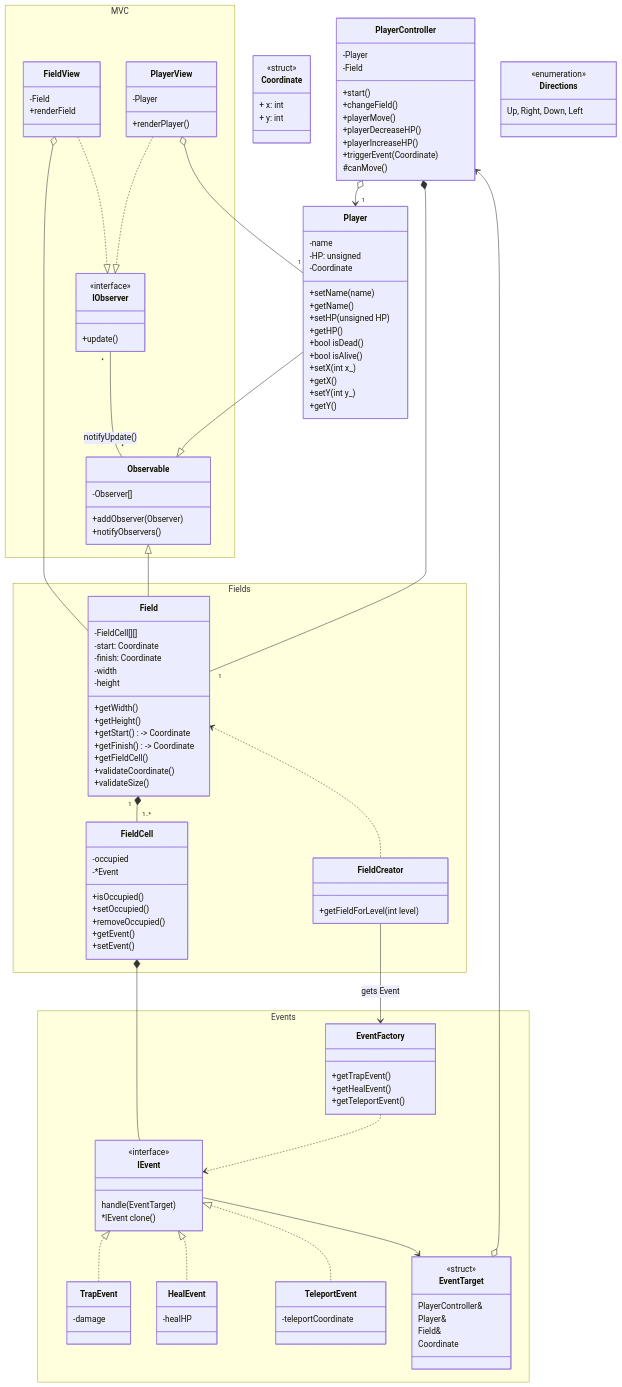
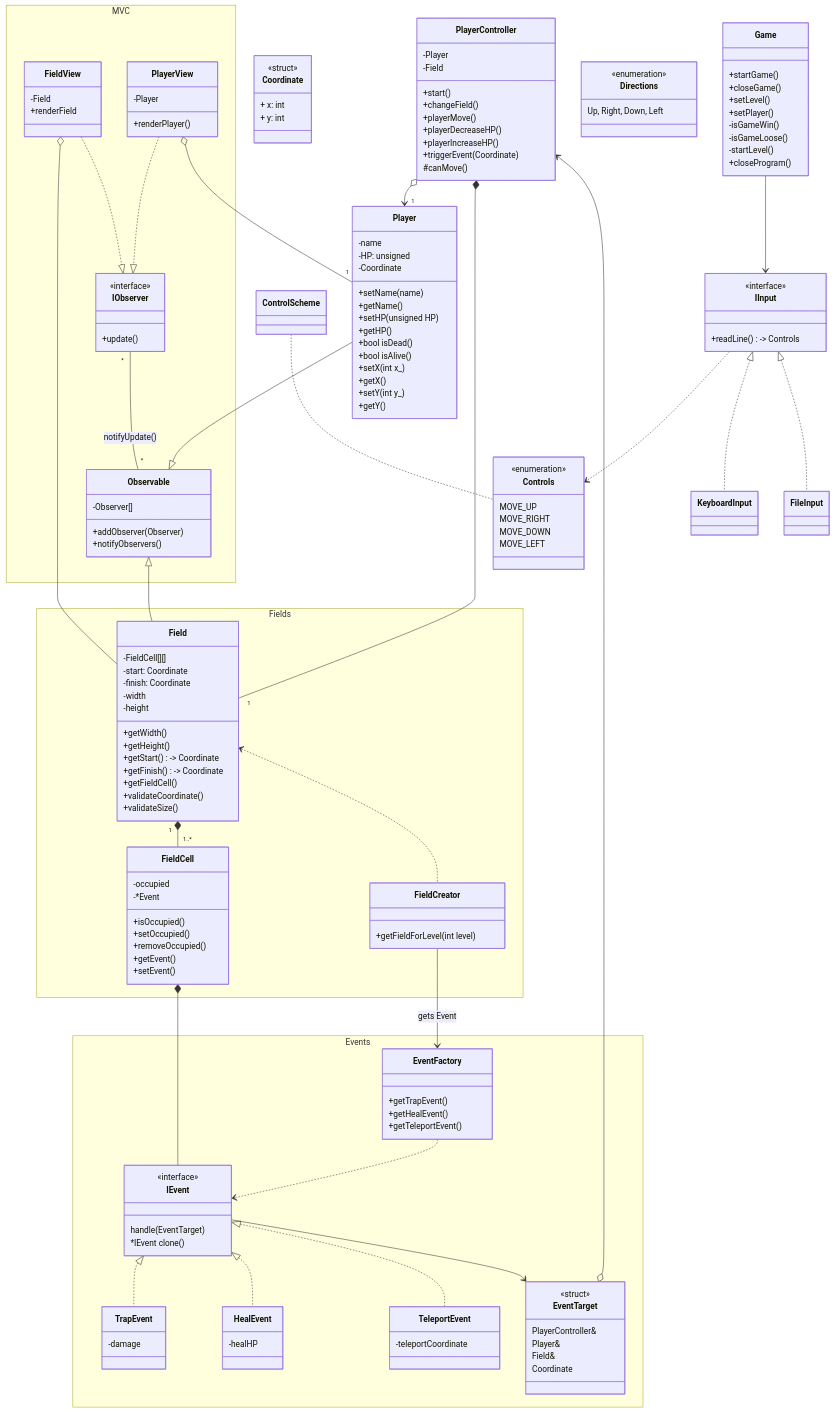
The first of 2 diagrams in class.md (TeUm3048/oop_zhandirych), drawn with Mermaid before and after one commit. The commit also changed other lines of this file and 17 other files, not shown here.

````diff
--- a/class.md
+++ b/class.md
@@ -10,7 +10,7 @@
         + x: int
         + y: int
     }
-    
+
     class PlayerController {
         +start()
         -Player
@@ -22,7 +22,7 @@
         +triggerEvent(Coordinate)
         #canMove()
     }
-    
+
     namespace MVC {
         class FieldView {
             -Field
@@ -76,7 +76,6 @@
             +setEvent()
         }
         class Field {
-
             -FieldCell[][]
             -start: Coordinate
             -finish: Coordinate
@@ -120,6 +119,32 @@
             +getTeleportEvent()
         }
     }
+    class Game {
+        +startGame()
+        +closeGame()
+        +setLevel()
+        +setPlayer()
+        -isGameWin()
+        -isGameLoose()
+        -startLevel()
+        +closeProgram()
+    }
+    class IInput {
+        <<interface>>
+        +readLine() -> Controls
+    }
+
+    class KeyboardInput {
+    }
+
+    class Controls {
+        <<enumeration>>
+        MOVE_UP
+        MOVE_RIGHT
+        MOVE_DOWN
+        MOVE_LEFT
+    }
+
     Player --|> Observable
     IObserver "*" -- "*" Observable: notifyUpdate()
     PlayerView ..|> IObserver
@@ -132,19 +157,22 @@
     IEvent <|.. HealEvent
     IEvent <|.. TeleportEvent
     IEvent --> EventTarget
-
     FieldCreator --> EventFactory: gets Event
     EventFactory ..> IEvent
     Field <.. FieldCreator
-
 %%    TrapEvent --> PlayerController: playerDecreaseHP()
 %%    HealEvent --> PlayerController: playerIncreaseHP()
 %%    TeleportEvent --> PlayerController: playerMove()
-    
+
 %%    PlayerController "triggerEvent" -->"handle()" IEvent: 
     EventTarget o--> PlayerController
     FieldView o-- Field
     FieldView ..|> IObserver
     Observable <|-- Field
+    IInput ..> Controls
+    Game --> IInput
+    IInput <|.. KeyboardInput
+    IInput <|.. FileInput
+    ControlScheme .. Controls
 
 ```
````
